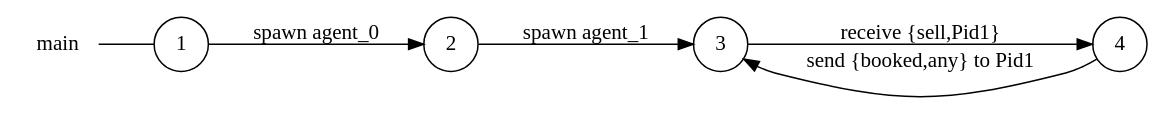
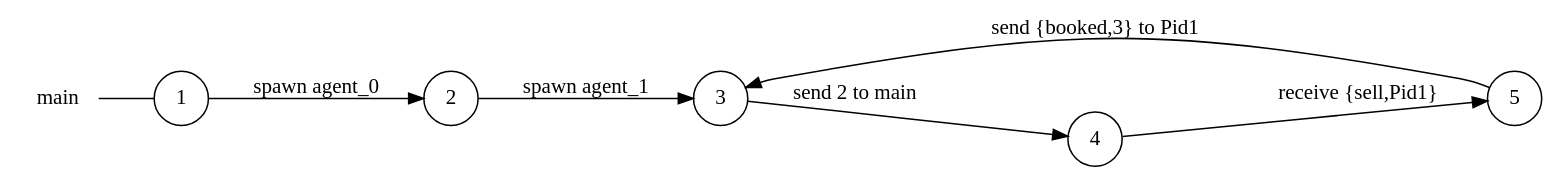
The diagram in examples/airline/main_local_view.dot (gabrielegenovese/chorer), drawn with Graphviz before and after one commit. The commit also changed 34 other files, not shown here.

```diff
--- a/examples/airline/main_local_view.dot
+++ b/examples/airline/main_local_view.dot
@@ -1,14 +1,16 @@
 digraph main {
 	rankdir="LR";
 	n_0 [label="main", shape="plaintext"];
-	n_1 [id="1", shape=circle, label="1"];
-	n_0 -> n_1 [arrowhead=none];
-	n_2 [id="2", shape=circle, label="3"];
-	n_3 [id="4", shape=circle, label="4"];
-	n_4 [id="3", shape=circle, label="2"];
+	n_1 [id="5", shape=circle, label="4"];
+	n_2 [id="1", shape=circle, label="1"];
+	n_0 -> n_2 [arrowhead=none];
+	n_3 [id="2", shape=circle, label="2"];
+	n_4 [id="4", shape=circle, label="5"];
+	n_5 [id="3", shape=circle, label="3"];
 
-	n_2 -> n_3 [id="[$e|3]", label="receive {sell,Pid1}"];
-	n_1 -> n_4 [id="[$e|1]", label="spawn agent_0"];
-	n_4 -> n_2 [id="[$e|5]", label="spawn agent_1"];
-	n_3 -> n_2 [id="[$e|4]", label="send {booked,any} to Pid1"];
+	n_3 -> n_5 [id="[$e|0]", label="spawn agent_1"];
+	n_1 -> n_4 [id="[$e|1]", label="receive {sell,Pid1}"];
+	n_2 -> n_3 [id="[$e|3]", label="spawn agent_0"];
+	n_4 -> n_5 [id="[$e|6]", label="send {booked,3} to Pid1"];
+	n_5 -> n_1 [id="[$e|5]", label="send 2 to main"];
 }
```
